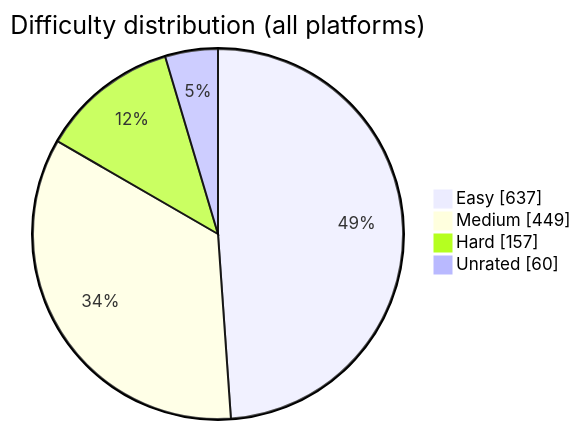
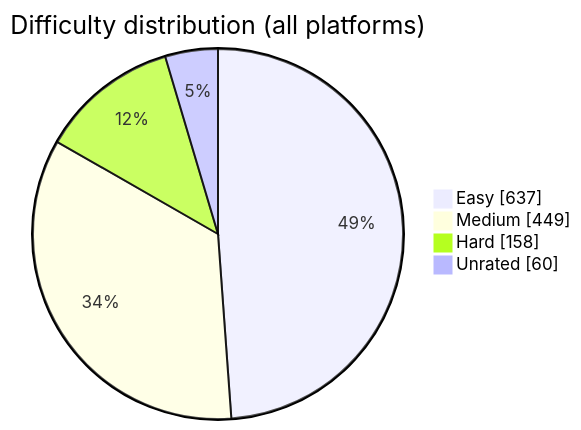
One commit to BuildbyArindam/Daily-Coding-Log changed the diagram in README.md. Above: the diagram before and after it, drawn with Mermaid. The commit also changed other lines of this file, not shown here.

````diff
--- a/README.md
+++ b/README.md
@@ -93,7 +93,7 @@
 ```mermaid
 pie showData title Difficulty distribution (all platforms)
     "Easy" : 637
     "Medium" : 449
-    "Hard" : 157
+    "Hard" : 158
     "Unrated" : 60
 ```
````
